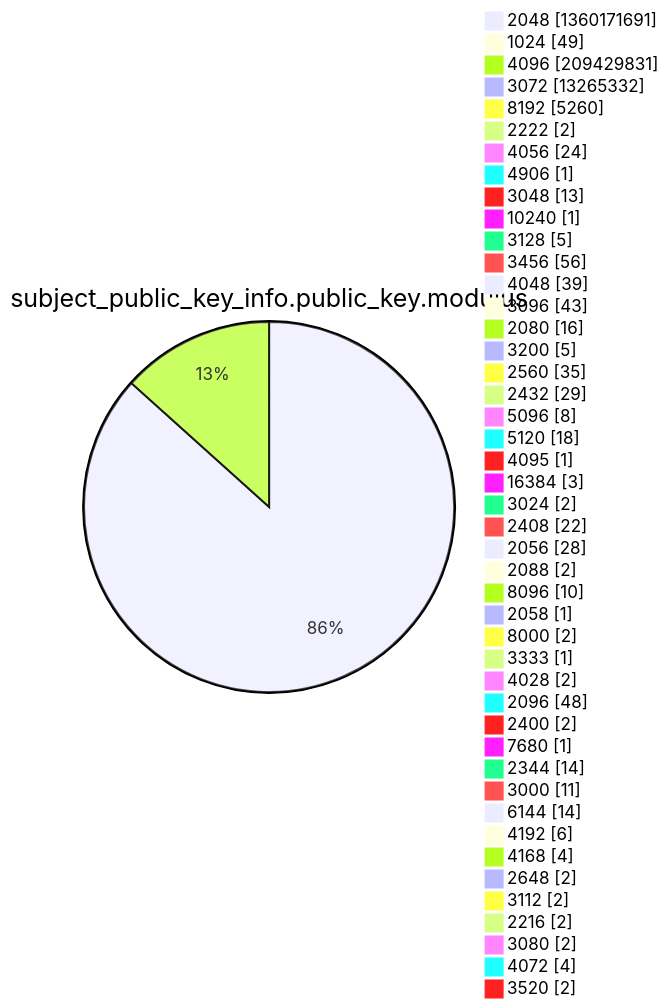
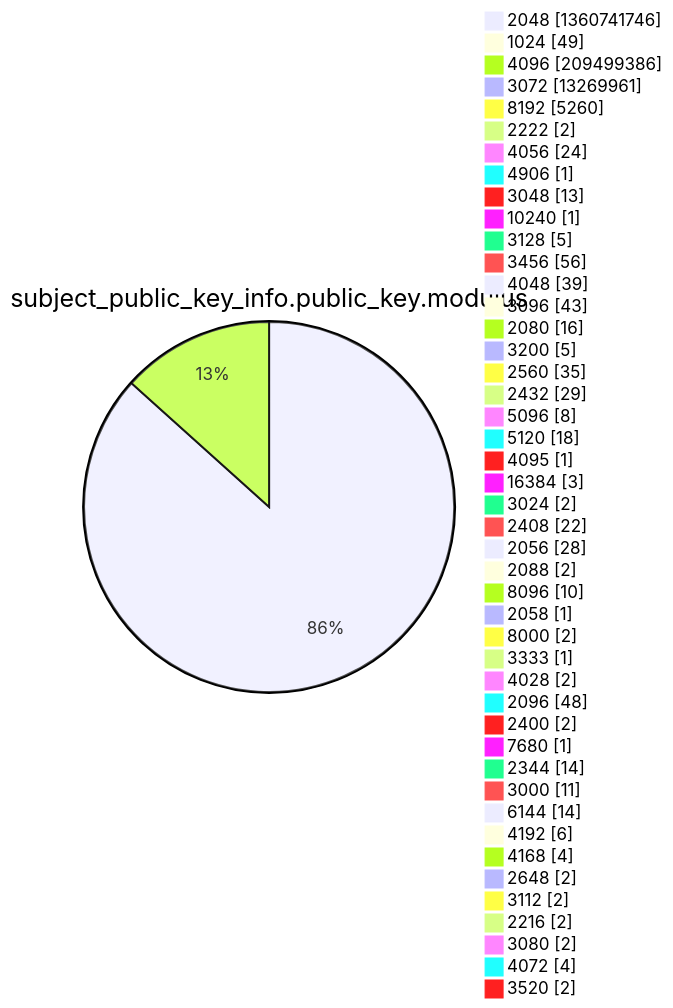
Diagram 13 of 15 in xenon2022/README.md (christiankrug/ctmonitor_visualization), drawn with Mermaid before and after one commit. The commit also changed other lines of this file, not shown here.

````diff
--- a/xenon2022/README.md
+++ b/xenon2022/README.md
@@ -3927,49 +3927,49 @@
 ```mermaid
 pie showData
 title subject_public_key_info.public_key.modulus
-"2048" :1360171691
+"2048" :1360741746
 "1024" :49
-"4096" :209429831
-"3072" :13265332
+"4096" :209499386
+"3072" :13269961
 "8192" :5260
 "2222" :2
 "4056" :24
 "4906" :1
 "3048" :13
 "10240" :1
 "3128" :5
 "3456" :56
 "4048" :39
 "3096" :43
 "2080" :16
 "3200" :5
 "2560" :35
 "2432" :29
 "5096" :8
 "5120" :18
 "4095" :1
 "16384" :3
 "3024" :2
 "2408" :22
 "2056" :28
 "2088" :2
 "8096" :10
 "2058" :1
 "8000" :2
 "3333" :1
 "4028" :2
 "2096" :48
 "2400" :2
 "7680" :1
 "2344" :14
 "3000" :11
 "6144" :14
 "4192" :6
 "4168" :4
 "2648" :2
 "3112" :2
 "2216" :2
 "3080" :2
 "4072" :4
 "3520" :2
 ```
````
